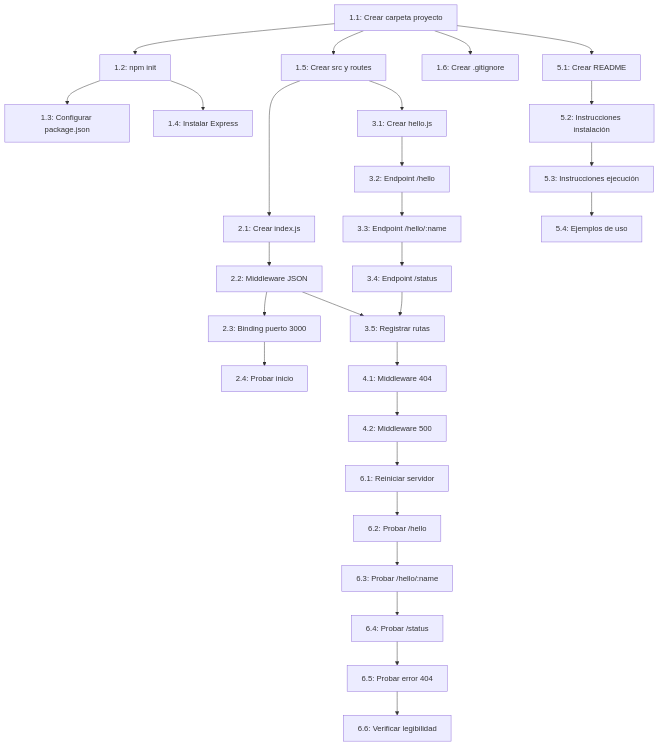
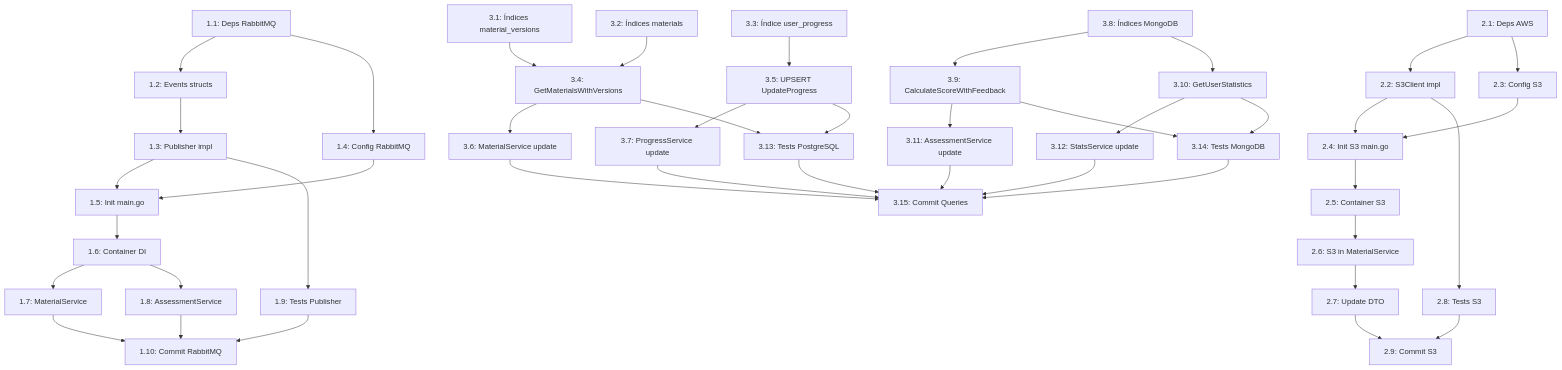
Before and after one commit to EduGoGroup/edugo-api-mobile: the diagram in sprint/current/planning/readme.md, drawn with Mermaid. The commit also changed other lines of this file and 37 other files, not shown here.

````diff
--- a/sprint/current/planning/readme.md
+++ b/sprint/current/planning/readme.md
@@ -359,37 +377,53 @@
 ```mermaid
 graph TD
-    T1_1[1.1: Crear carpeta proyecto] --> T1_2[1.2: npm init]
-    T1_1 --> T1_5[1.5: Crear src y routes]
-    T1_1 --> T1_6[1.6: Crear .gitignore]
-    T1_1 --> T5_1[5.1: Crear README]
-
-    T1_2 --> T1_3[1.3: Configurar package.json]
-    T1_2 --> T1_4[1.4: Instalar Express]
-
-    T1_5 --> T2_1[2.1: Crear index.js]
-    T2_1 --> T2_2[2.2: Middleware JSON]
-    T2_2 --> T2_3[2.3: Binding puerto 3000]
-    T2_3 --> T2_4[2.4: Probar inicio]
-
-    T1_5 --> T3_1[3.1: Crear hello.js]
-    T3_1 --> T3_2[3.2: Endpoint /hello]
-    T3_2 --> T3_3[3.3: Endpoint /hello/:name]
-    T3_3 --> T3_4[3.4: Endpoint /status]
-
-    T3_4 --> T3_5[3.5: Registrar rutas]
-    T2_2 --> T3_5
-
-    T3_5 --> T4_1[4.1: Middleware 404]
-    T4_1 --> T4_2[4.2: Middleware 500]
-
-    T5_1 --> T5_2[5.2: Instrucciones instalación]
-    T5_2 --> T5_3[5.3: Instrucciones ejecución]
-    T5_3 --> T5_4[5.4: Ejemplos de uso]
-
-    T4_2 --> T6_1[6.1: Reiniciar servidor]
-    T6_1 --> T6_2[6.2: Probar /hello]
-    T6_2 --> T6_3[6.3: Probar /hello/:name]
-    T6_3 --> T6_4[6.4: Probar /status]
-    T6_4 --> T6_5[6.5: Probar error 404]
-    T6_5 --> T6_6[6.6: Verificar legibilidad]
+    %% Fase 1: RabbitMQ
+    T1_1[1.1: Deps RabbitMQ] --> T1_2[1.2: Events structs]
+    T1_2 --> T1_3[1.3: Publisher impl]
+    T1_1 --> T1_4[1.4: Config RabbitMQ]
+    T1_3 --> T1_5[1.5: Init main.go]
+    T1_4 --> T1_5
+    T1_5 --> T1_6[1.6: Container DI]
+    T1_6 --> T1_7[1.7: MaterialService]
+    T1_6 --> T1_8[1.8: AssessmentService]
+    T1_3 --> T1_9[1.9: Tests Publisher]
+    T1_7 --> T1_10[1.10: Commit RabbitMQ]
+    T1_8 --> T1_10
+    T1_9 --> T1_10
+    
+    %% Fase 2: S3
+    T2_1[2.1: Deps AWS] --> T2_2[2.2: S3Client impl]
+    T2_1 --> T2_3[2.3: Config S3]
+    T2_2 --> T2_4[2.4: Init S3 main.go]
+    T2_3 --> T2_4
+    T2_4 --> T2_5[2.5: Container S3]
+    T2_5 --> T2_6[2.6: S3 in MaterialService]
+    T2_6 --> T2_7[2.7: Update DTO]
+    T2_2 --> T2_8[2.8: Tests S3]
+    T2_7 --> T2_9[2.9: Commit S3]
+    T2_8 --> T2_9
+    
+    %% Fase 3A: PostgreSQL
+    T3_1[3.1: Índices material_versions] --> T3_4[3.4: GetMaterialsWithVersions]
+    T3_2[3.2: Índices materials] --> T3_4
+    T3_3[3.3: Índice user_progress] --> T3_5[3.5: UPSERT UpdateProgress]
+    T3_4 --> T3_6[3.6: MaterialService update]
+    T3_5 --> T3_7[3.7: ProgressService update]
+    T3_4 --> T3_13[3.13: Tests PostgreSQL]
+    T3_5 --> T3_13
+    
+    %% Fase 3B: MongoDB
+    T3_8[3.8: Índices MongoDB] --> T3_9[3.9: CalculateScoreWithFeedback]
+    T3_8 --> T3_10[3.10: GetUserStatistics]
+    T3_9 --> T3_11[3.11: AssessmentService update]
+    T3_10 --> T3_12[3.12: StatsService update]
+    T3_9 --> T3_14[3.14: Tests MongoDB]
+    T3_10 --> T3_14
+    
+    %% Commit final Fase 3
+    T3_6 --> T3_15[3.15: Commit Queries]
+    T3_7 --> T3_15
+    T3_11 --> T3_15
+    T3_12 --> T3_15
+    T3_13 --> T3_15
+    T3_14 --> T3_15
 ```
````
